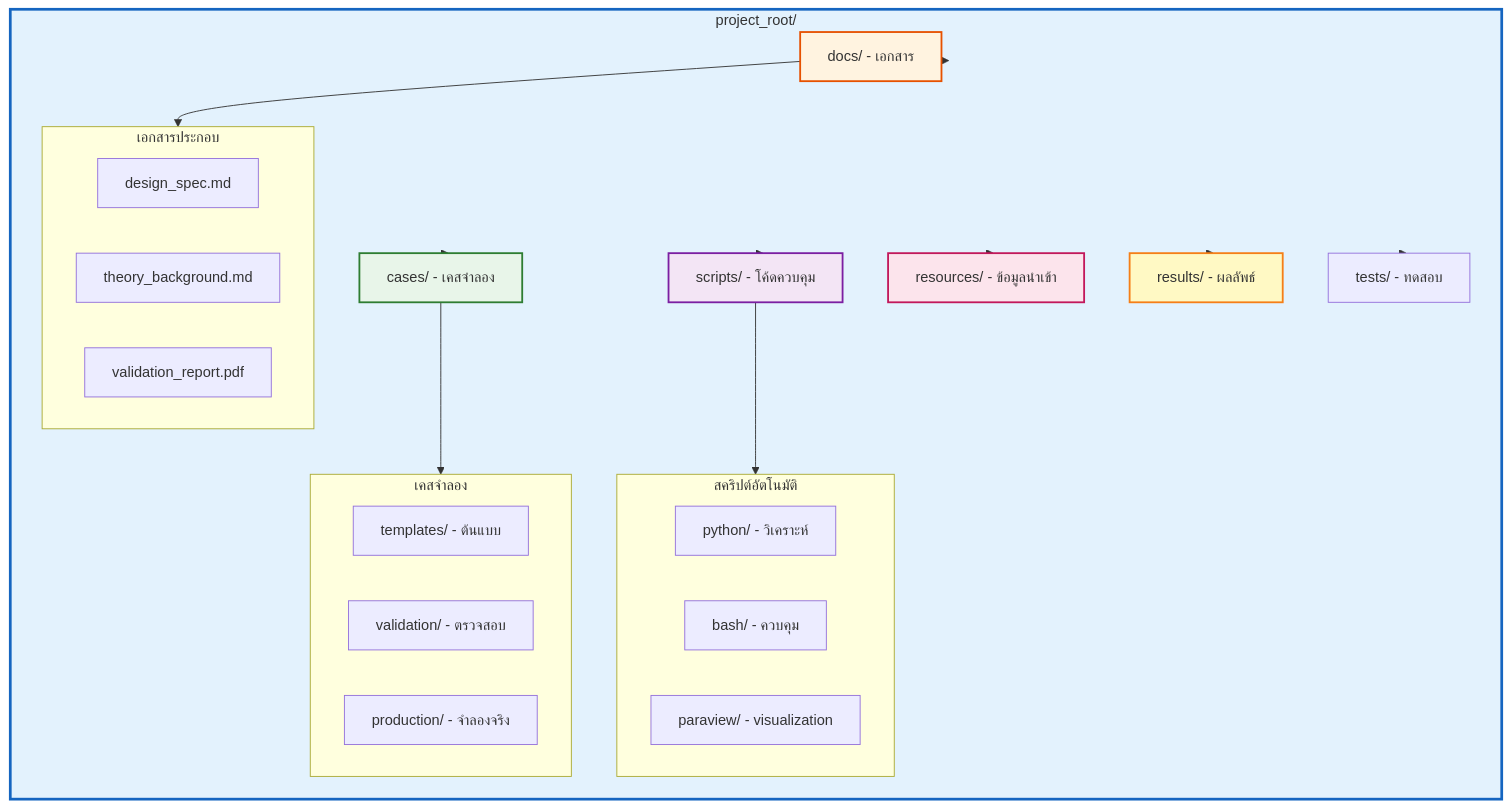
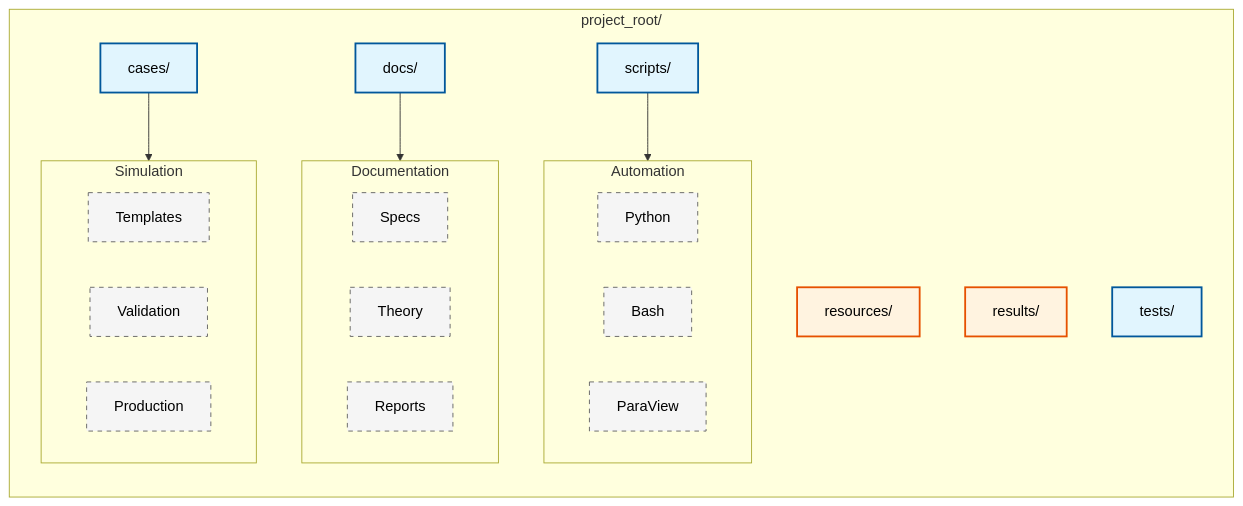
The first of 4 diagrams in MODULE_07_UTILITIES_AUTOMATION/CONTENT/07_PROFESSIONAL_PRACTICE/01_Project_Organization.md (wramet/build-my-cfd), drawn with Mermaid before and after one commit. The commit also changed other lines of this file and 313 other files, not shown here.

Commit message:
Revise all diagram

````diff
--- a/MODULE_07_UTILITIES_AUTOMATION/CONTENT/07_PROFESSIONAL_PRACTICE/01_Project_Organization.md
+++ b/MODULE_07_UTILITIES_AUTOMATION/CONTENT/07_PROFESSIONAL_PRACTICE/01_Project_Organization.md
@@ -134,47 +134,38 @@
 ```mermaid
 flowchart TD
-    subgraph ROOT["project_root/"]
-        DOC["docs/ - เอกสาร"]
-        SCR["scripts/ - โค้ดควบคุม"]
-        CAS["cases/ - เคสจำลอง"]
-        RES["resources/ - ข้อมูลนำเข้า"]
-        RSL["results/ - ผลลัพธ์"]
-        TST["tests/ - ทดสอบ"]
+classDef implicit fill:#e1f5fe,stroke:#01579b,stroke-width:2px,color:#000
+classDef explicit fill:#fff3e0,stroke:#e65100,stroke-width:2px,color:#000
+classDef context fill:#f5f5f5,stroke:#616161,stroke-width:1px,color:#000,stroke-dasharray: 5 5
 
-        subgraph DOC_SUB["เอกสารประกอบ"]
-            D1["design_spec.md"]
-            D2["theory_background.md"]
-            D3["validation_report.pdf"]
-        end
+subgraph ROOT[project_root/]
+    direction TB
+    DOC[docs/]:::implicit
+    SCR[scripts/]:::implicit
+    CAS[cases/]:::implicit
+    RES[resources/]:::explicit
+    RSL[results/]:::explicit
+    TST[tests/]:::implicit
 
-        subgraph SCR_SUB["สคริปต์อัตโนมัติ"]
-            S1["python/ - วิเคราะห์"]
-            S2["bash/ - ควบคุม"]
-            S3["paraview/ - visualization"]
-        end
-
-        subgraph CAS_SUB["เคสจำลอง"]
-            C1["templates/ - ต้นแบบ"]
-            C2["validation/ - ตรวจสอบ"]
-            C3["production/ - จำลองจริง"]
-        end
+    subgraph DOC_SUB[Documentation]
+        D1[Specs]:::context
+        D2[Theory]:::context
+        D3[Reports]:::context
     end
 
-    ROOT --> DOC
-    ROOT --> SCR
-    ROOT --> CAS
-    ROOT --> RES
-    ROOT --> RSL
-    ROOT --> TST
+    subgraph SCR_SUB[Automation]
+        S1[Python]:::context
+        S2[Bash]:::context
+        S3[ParaView]:::context
+    end
+
+    subgraph CAS_SUB[Simulation]
+        C1[Templates]:::context
+        C2[Validation]:::context
+        C3[Production]:::context
+    end
 
     DOC --> DOC_SUB
     SCR --> SCR_SUB
     CAS --> CAS_SUB
-
-    style ROOT fill:#e3f2fd,stroke:#1565c0,stroke-width:3px
-    style DOC fill:#fff3e0,stroke:#e65100,stroke-width:2px
-    style SCR fill:#f3e5f5,stroke:#7b1fa2,stroke-width:2px
-    style CAS fill:#e8f5e9,stroke:#2e7d32,stroke-width:2px
-    style RES fill:#fce4ec,stroke:#c2185b,stroke-width:2px
-    style RSL fill:#fff9c4,stroke:#f57f17,stroke-width:2px
+end
 ```
````
